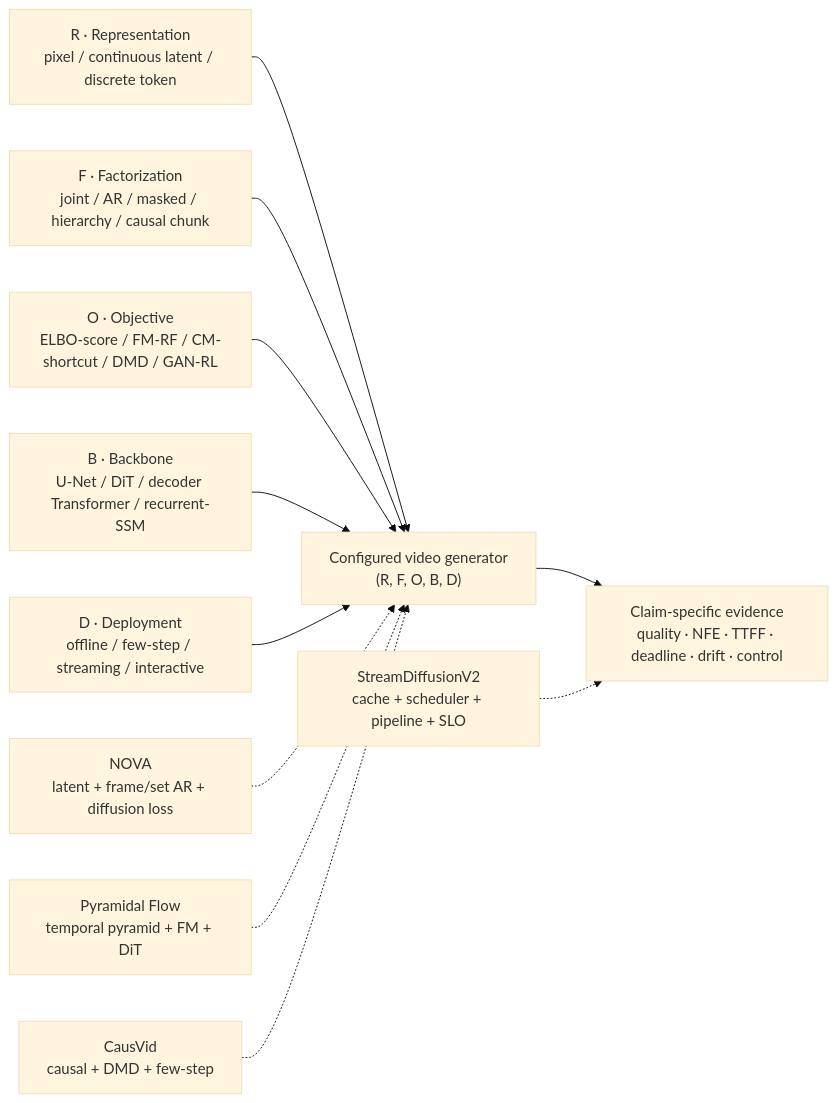
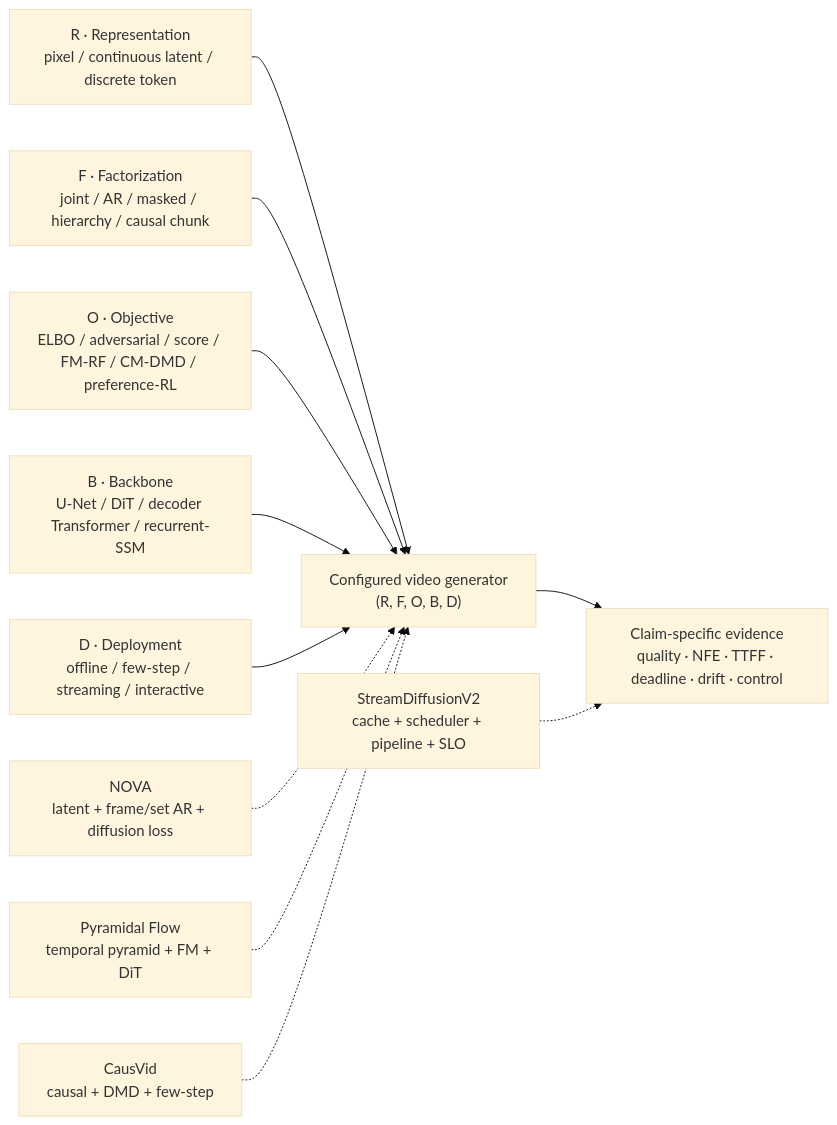
Before and after one commit to GVCLab/Video-Generation-101: the first of 2 diagrams in docs/generative-models.md, drawn with Mermaid (base theme). The commit also changed other lines of this file and 32 other files, not shown here.

```diff
--- a/docs/generative-models.md
+++ b/docs/generative-models.md
@@ -29,26 +29,26 @@
 ~~~mermaid
 flowchart LR
     accTitle: 视频生成系统的五个交叉分类轴
     accDescr: 表示空间、数据分解、训练目标、网络骨干和部署方式五个分析维度在兼容约束下汇入一个配置后的生成器，系统主张再连接到画质、计算、延迟、漂移和控制等对应证据；NOVA、Pyramidal Flow、CausVid 与 StreamDiffusionV2 只是组合实例，不构成排名。
 
     R["R · Representation<br/>pixel / continuous latent / discrete token"]
     F["F · Factorization<br/>joint / AR / masked / hierarchy / causal chunk"]
-    O["O · Objective<br/>ELBO-score / FM-RF / CM-shortcut / DMD / GAN-RL"]
+    O["O · Objective<br/>ELBO / adversarial / score / FM-RF / CM-DMD / preference-RL"]
     B["B · Backbone<br/>U-Net / DiT / decoder Transformer / recurrent-SSM"]
     D["D · Deployment<br/>offline / few-step / streaming / interactive"]
 
     M["Configured video generator<br/>(R, F, O, B, D)"]
     E["Claim-specific evidence<br/>quality · NFE · TTFF · deadline · drift · control"]
 
     R --> M
     F --> M
     O --> M
     B --> M
     D --> M
     M --> E
 
     X1["NOVA<br/>latent + frame/set AR + diffusion loss"] -.-> M
     X2["Pyramidal Flow<br/>temporal pyramid + FM + DiT"] -.-> M
     X3["CausVid<br/>causal + DMD + few-step"] -.-> M
     X4["StreamDiffusionV2<br/>cache + scheduler + pipeline + SLO"] -.-> E
 ~~~
```
